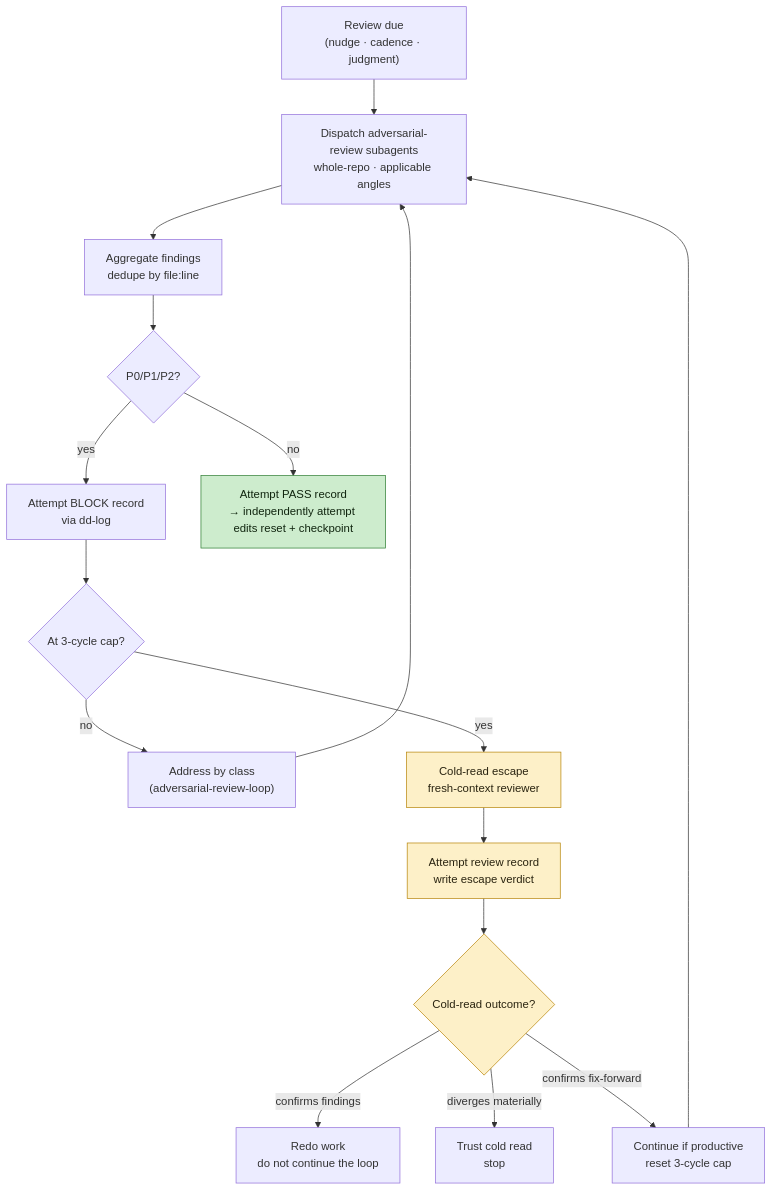
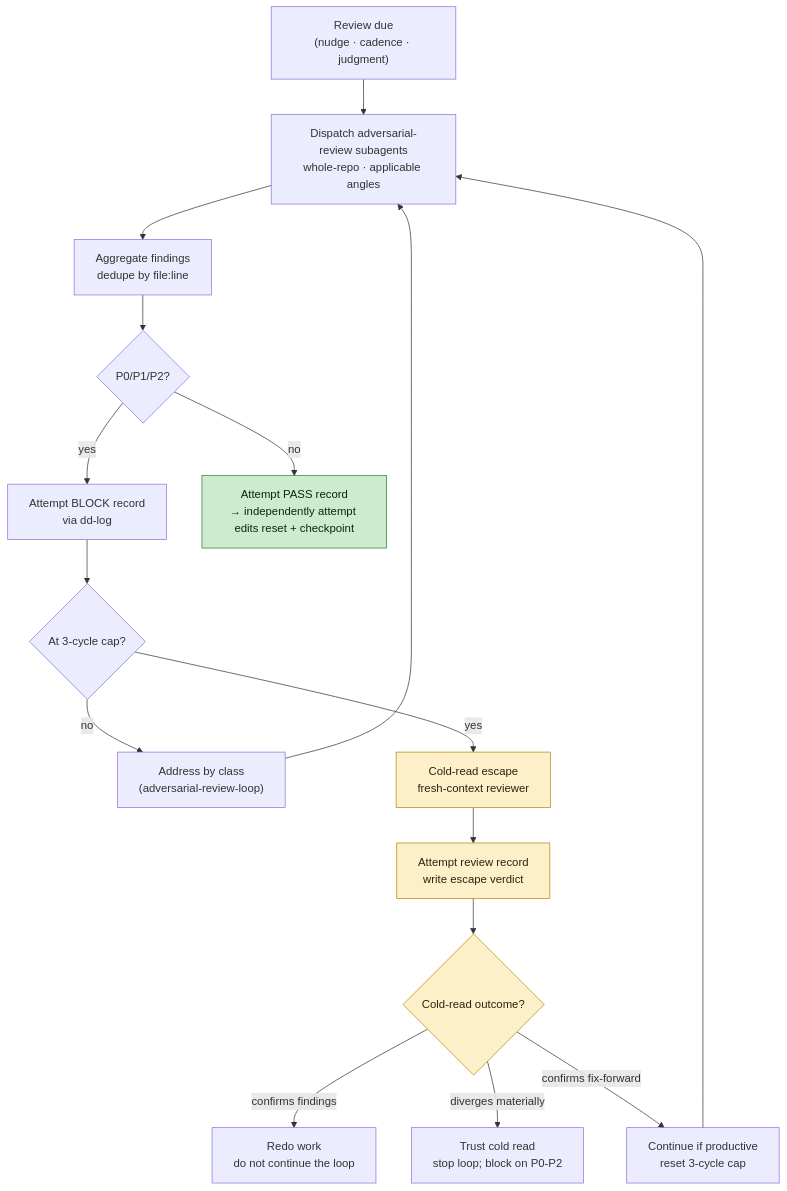
The fourth of 7 diagrams in ARCHITECTURE.md (midris/disciplined-development-skills), drawn with Mermaid before and after one commit. The commit also changed other lines of this file and 90 other files, not shown here.

````diff
--- a/ARCHITECTURE.md
+++ b/ARCHITECTURE.md
@@ -175,22 +177,22 @@
 ```mermaid
 flowchart TD
     A["Review due<br/>(nudge · cadence · judgment)"] --> B["Dispatch adversarial-review subagents<br/>whole-repo · applicable angles"]
     B --> C["Aggregate findings<br/>dedupe by file:line"]
     C --> D{"P0/P1/P2?"}
     D -- yes --> F["Attempt BLOCK record<br/>via dd-log"]
     F --> G{"At 3-cycle cap?"}
     G -- no --> E["Address by class<br/>(adversarial-review-loop)"]
     E --> B
     G -- yes --> H["Cold-read escape<br/>fresh-context reviewer"]
     D -- no --> I["Attempt PASS record<br/>→ independently attempt edits reset + checkpoint"]
     H --> N["Attempt review record<br/>write escape verdict"]
     N --> J{"Cold-read outcome?"}
     J -- confirms findings --> K["Redo work<br/>do not continue the loop"]
-    J -- diverges materially --> L["Trust cold read<br/>stop"]
+    J -- diverges materially --> L["Trust cold read<br/>stop loop; block on P0-P2"]
     J -- confirms fix-forward --> M["Continue if productive<br/>reset 3-cycle cap"]
     M --> B
     classDef safe fill:#cdeccd,stroke:#2e7d32,color:#10250f;
     classDef warn fill:#fdf0c8,stroke:#b8860b,color:#2a2410;
     class I safe
     class H,N,J warn
 ```
````
